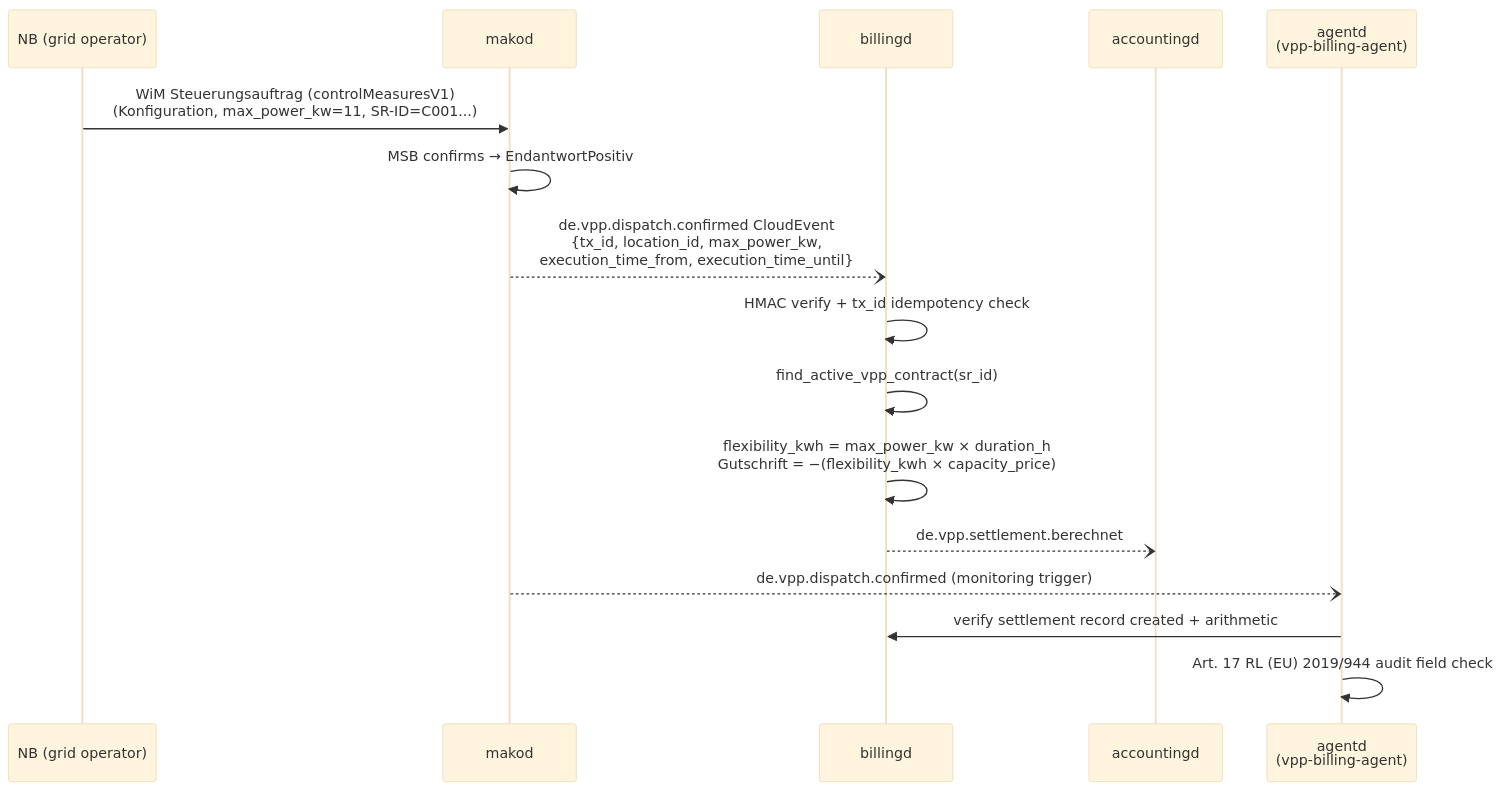
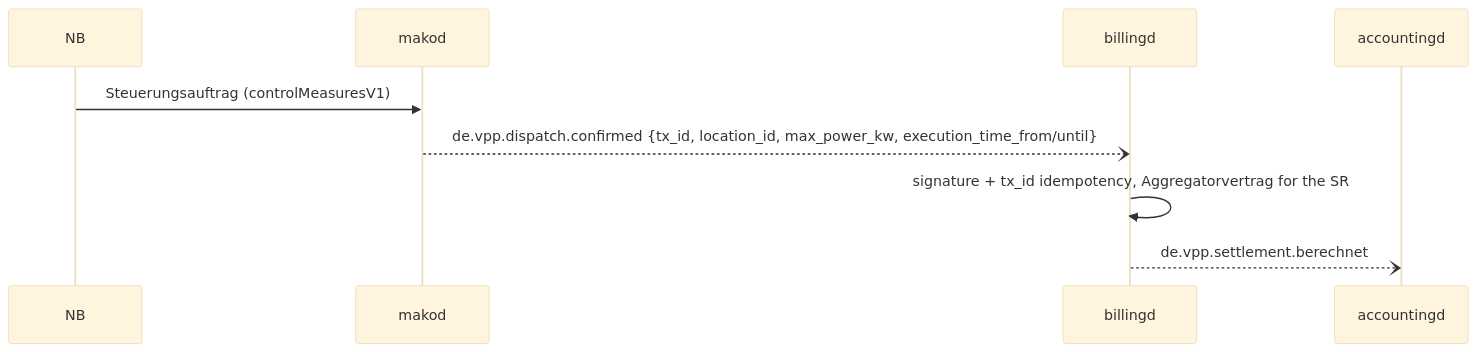
One commit to hupe1980/mako changed the second of 2 diagrams in site/content/docs/services/billingd.md. Above: the diagram before and after it, drawn with Mermaid (base theme). The commit also changed other lines of this file and 1091 other files, not shown here.

````diff
--- a/site/content/docs/services/billingd.md
+++ b/site/content/docs/services/billingd.md
@@ -1560,19 +699,11 @@
 ```mermaid
 sequenceDiagram
-    participant NB as NB (grid operator)
+    participant NB
     participant makod
     participant billingd
     participant accountingd
-    participant agentd as agentd<br/>(vpp-billing-agent)
-
-    NB->>makod: WiM Steuerungsauftrag (controlMeasuresV1)<br/>(Konfiguration, max_power_kw=11, SR-ID=C001...)
-    makod->>makod: MSB confirms → EndantwortPositiv
-    makod--)billingd: de.vpp.dispatch.confirmed CloudEvent<br/>{tx_id, location_id, max_power_kw,<br/>execution_time_from, execution_time_until}
-    billingd->>billingd: HMAC verify + tx_id idempotency check
-    billingd->>billingd: find_active_vpp_contract(sr_id)
-    billingd->>billingd: flexibility_kwh = max_power_kw × duration_h<br/>Gutschrift = −(flexibility_kwh × capacity_price)
+    NB->>makod: Steuerungsauftrag (controlMeasuresV1)
+    makod--)billingd: de.vpp.dispatch.confirmed {tx_id, location_id, max_power_kw, execution_time_from/until}
+    billingd->>billingd: signature + tx_id idempotency, Aggregatorvertrag for the SR
     billingd--)accountingd: de.vpp.settlement.berechnet
-    makod--)agentd: de.vpp.dispatch.confirmed (monitoring trigger)
-    agentd->>billingd: verify settlement record created + arithmetic
-    agentd->>agentd: Art. 17 RL (EU) 2019/944 audit field check
 ```
````
